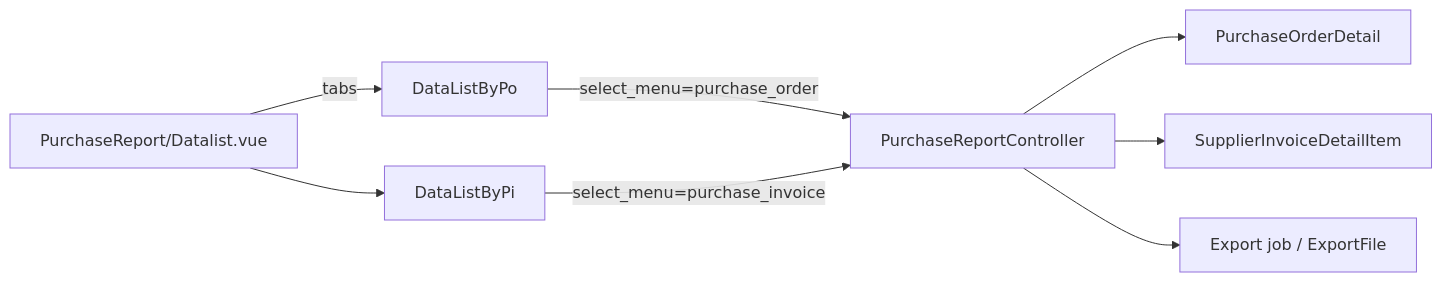
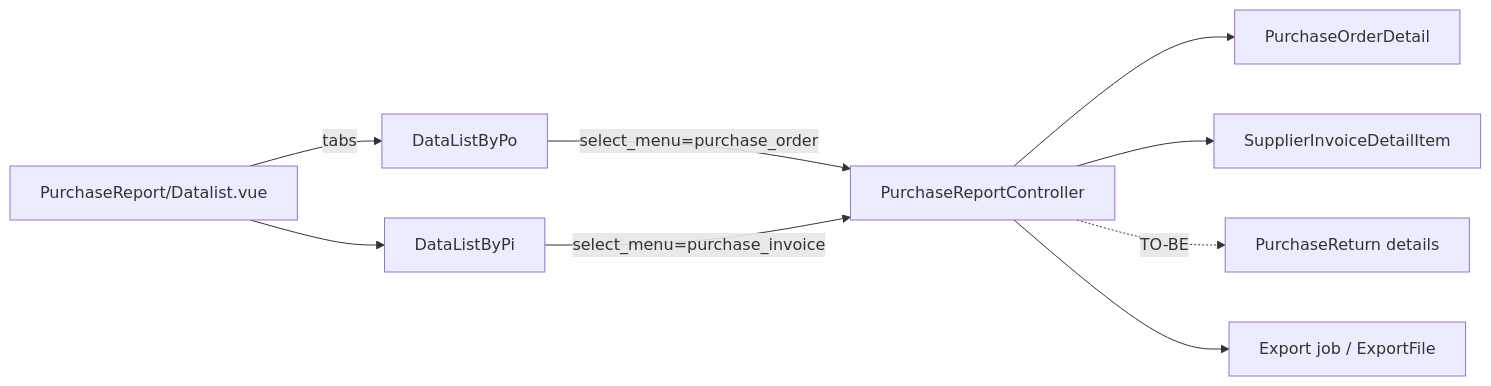
The diagram in qa-docs/accounting-purchase-report/technical.md (yendyr/olshoperp-docs), drawn with Mermaid before and after one commit. The commit also changed other lines of this file and 14 other files, not shown here.

````diff
--- a/qa-docs/accounting-purchase-report/technical.md
+++ b/qa-docs/accounting-purchase-report/technical.md
@@ -25,10 +35,11 @@
 ```mermaid
 flowchart LR
   FE[PurchaseReport/Datalist.vue] -->|tabs| PO[DataListByPo]
   FE --> PI[DataListByPi]
   PO -->|select_menu=purchase_order| API[PurchaseReportController]
   PI -->|select_menu=purchase_invoice| API
   API --> POD[PurchaseOrderDetail]
   API --> SID[SupplierInvoiceDetailItem]
+  API -.->|TO-BE| PR[PurchaseReturn details]
   API --> EXP[Export job / ExportFile]
 ```
````
